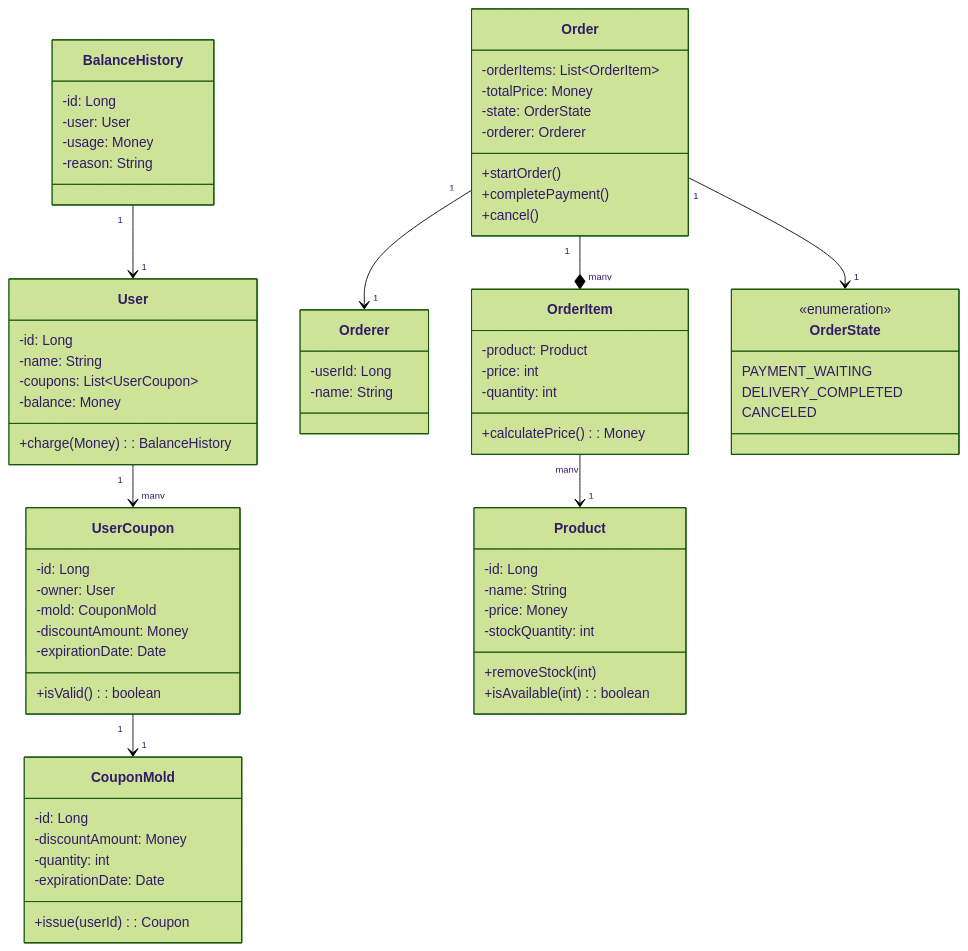
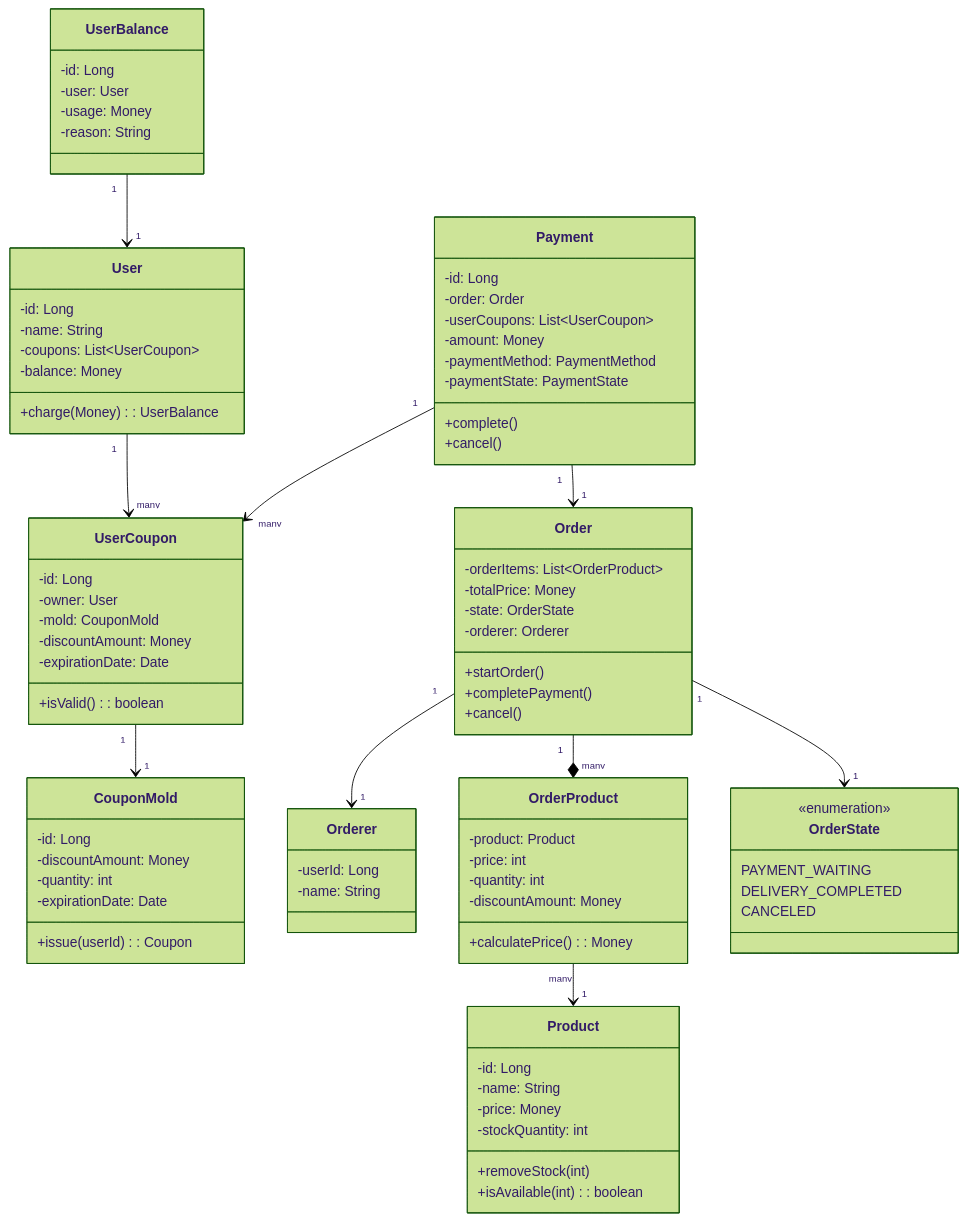
The diagram in docs/class-diagram.md (leesh5000/hhplus-server), drawn with Mermaid (forest theme) before and after one commit. The commit also changed 2 other files, not shown here.

Commit message:
#8 - 코드 리뷰 반영
아래의 피드백을 반영하였습니다.
- Product 테이블의 재고 필드는 수정이 빈번하게 집니다. 이 경우, 데이터 정합성을 위해 DB Lock 을 사용하게 되는데 재고 필드 하나 수정을 위해 Product 테이블 전체에 Lock 을 걸게 되므로 성능에 좋지 않습니다. 이를 해결하기 위해, 재고 필드를 별도의 테이블로 분리하여 재고 필드에만 DB Lock 을 걸도록 수정합니다.
- User Balance 필드도 1번과 같은 이유로 분리할 것
- 주문 시, 얼마가 지불 됐고, 얼마가 할인 되었는지를 알기 위해서는 결제 테이블이 필요합니다.
- created_at, updated_at 과 같은 메타 필드를 추가할 것
- 주문 상품에서도 얼마가 할인 됐는지 알 수 있어야 함

````diff
--- a/docs/class-diagram.md
+++ b/docs/class-diagram.md
@@ -6,12 +6,12 @@
         -name: String
         -coupons: List~UserCoupon~
         -balance: Money
-        +charge(Money): BalanceHistory
+        +charge(Money): UserBalance
     }
     
     User "1" --> "many" UserCoupon
     
-    class BalanceHistory {
+    class UserBalance {
         -id: Long
         -user: User
         -usage: Money
@@ -37,10 +37,10 @@
 
     UserCoupon "1" --> "1" CouponMold
     
-    BalanceHistory "1" --> "1" User
+    UserBalance "1" --> "1" User
     
     class Order {
-        -orderItems: List~OrderItem~
+        -orderItems: List~OrderProduct~
         -totalPrice: Money
         -state: OrderState
         -orderer: Orderer
@@ -54,10 +54,11 @@
         -name: String
     }
 
-    class OrderItem {
+    class OrderProduct {
         -product: Product
         -price: int
         -quantity: int
+        -discountAmount: Money
         +calculatePrice(): Money
     }
 
@@ -77,9 +78,23 @@
         +isAvailable(int): boolean
     }
     
-    OrderItem "many" --> "1" Product
+    class Payment {
+        -id: Long
+        -order: Order
+        -userCoupons: List~UserCoupon~
+        -amount: Money
+        -paymentMethod: PaymentMethod
+        -paymentState: PaymentState
+        +complete()
+        +cancel()
+    }
+    
+    Payment "1" --> "1" Order
+    Payment "1" --> "many" UserCoupon
+    
+    OrderProduct "many" --> "1" Product
 
     Order "1" --> "1" Orderer
-    Order "1" --* "many" OrderItem
+    Order "1" --* "many" OrderProduct
     Order "1" --> "1" OrderState
 ```
````
